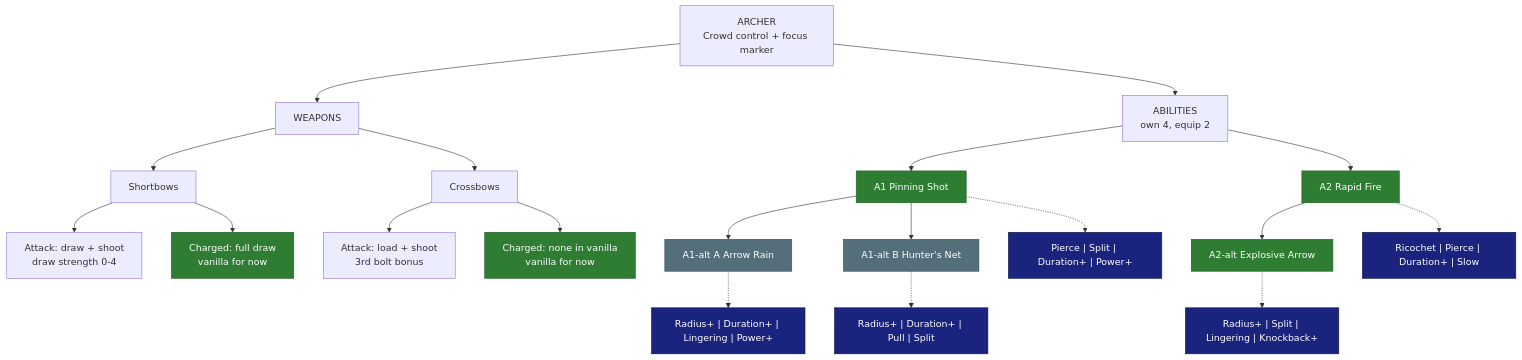
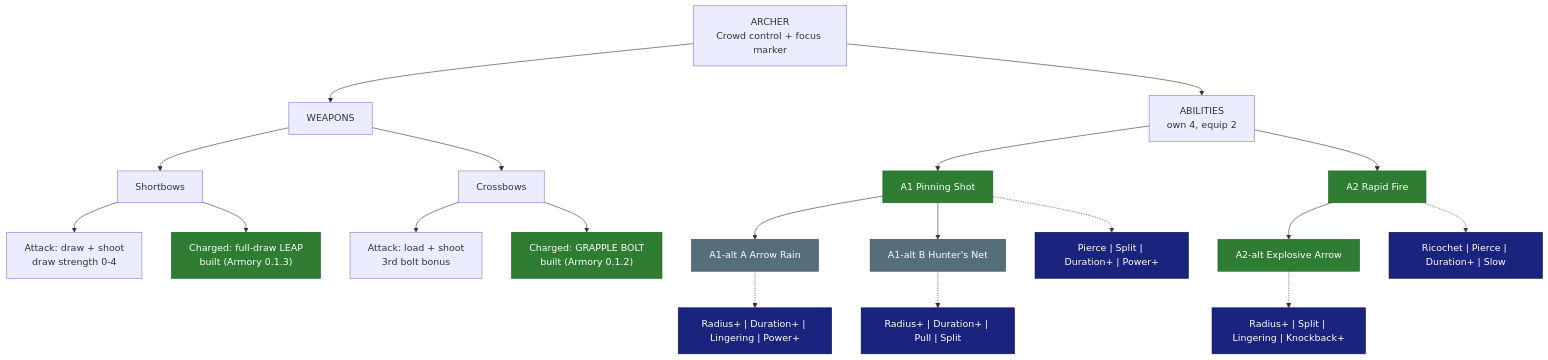
Before and after one commit to SkyyPlayz/SkyyWynnBlock: the diagram in research/classes/Archer.md, drawn with Mermaid. The commit also changed other lines of this file and 1 other file, not shown here.

Commit message:
docs: Archer traversals are built (bow full-draw leap, crossbow Grapple Bolt)

````diff
--- a/research/classes/Archer.md
+++ b/research/classes/Archer.md
@@ -18,29 +18,29 @@
 ```mermaid
 flowchart TD
   CLS["ARCHER<br/>Crowd control + focus marker"]
   CLS --> WPN["WEAPONS"]
   CLS --> ABL["ABILITIES<br/>own 4, equip 2"]
   WPN --> BOW["Shortbows"]
   BOW --> BOWa["Attack: draw + shoot<br/>draw strength 0-4"]
-  BOW --> BOWc["Charged: full draw<br/>vanilla for now"]
+  BOW --> BOWc["Charged: full-draw LEAP<br/>built (Armory 0.1.3)"]
   WPN --> XB["Crossbows"]
   XB --> XBa["Attack: load + shoot<br/>3rd bolt bonus"]
-  XB --> XBc["Charged: none in vanilla<br/>vanilla for now"]
+  XB --> XBc["Charged: GRAPPLE BOLT<br/>built (Armory 0.1.2)"]
   ABL --> A1["A1 Pinning Shot"]
   A1 --> A1A["A1-alt A Arrow Rain"]
   A1 --> A1B["A1-alt B Hunter's Net"]
   ABL --> A2["A2 Rapid Fire"]
   A2 --> A2X["A2-alt Explosive Arrow"]
   A1 -.-> M1["Pierce | Split | Duration+ | Power+"]
   A1A -.-> M2["Radius+ | Duration+ | Lingering | Power+"]
   A1B -.-> M3["Radius+ | Duration+ | Pull | Split"]
   A2 -.-> M4["Ricochet | Pierce | Duration+ | Slow"]
   A2X -.-> M5["Radius+ | Split | Lingering | Knockback+"]
   classDef locked fill:#2e7d32,color:#fff,stroke:#1b5e20
   classDef proposed fill:#546e7a,color:#fff,stroke:#37474f
   classDef open fill:#e65100,color:#fff,stroke:#bf360c
   classDef mods fill:#1a237e,color:#fff,stroke:#0d1442
   class A1,A2,A2X,BOWc,XBc locked
   class A1A,A1B proposed
   class M1,M2,M3,M4,M5 mods
 ```
````
